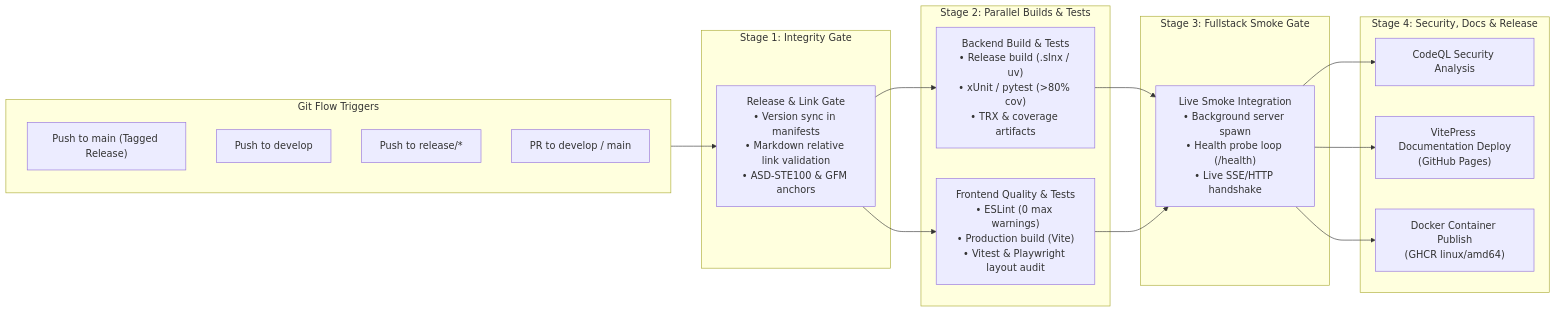
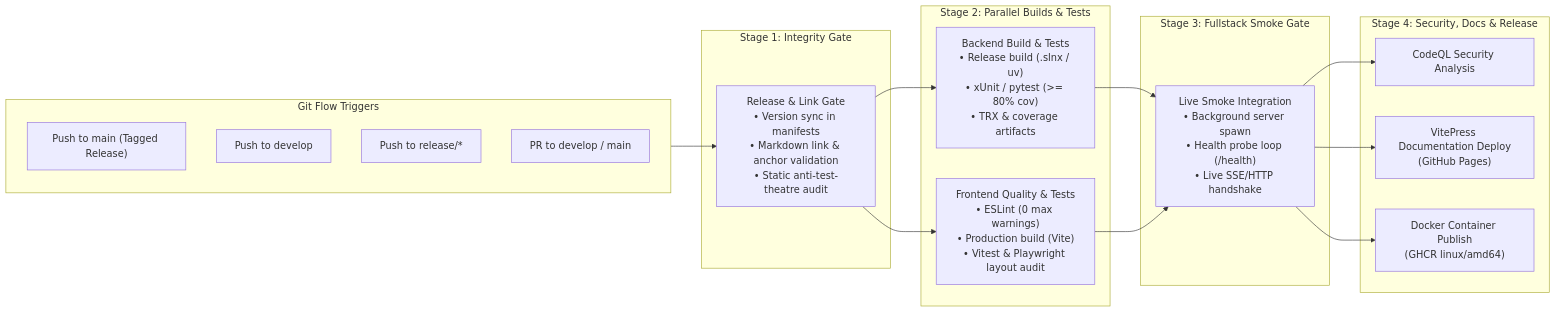
One commit to spelech/AgenticEngineeringToolbelt changed the diagram in docs/standards/ci-cd-pipelines.md. Above: the diagram before and after it, drawn with Mermaid. The commit also changed other lines of this file and 42 other files, not shown here.

````diff
--- a/docs/standards/ci-cd-pipelines.md
+++ b/docs/standards/ci-cd-pipelines.md
@@ -14,33 +14,33 @@
 ```mermaid
 flowchart LR
     subgraph Triggers["Git Flow Triggers"]
         T1["Push to main (Tagged Release)"]
         T2["Push to develop"]
         T3["Push to release/*"]
         T4["PR to develop / main"]
     end
 
     subgraph S1["Stage 1: Integrity Gate"]
-        G1["Release & Link Gate<br>• Version sync in manifests<br>• Markdown relative link validation<br>• ASD-STE100 & GFM anchors"]
+        G1["Release & Link Gate<br>• Version sync in manifests<br>• Markdown link & anchor validation<br>• Static anti-test-theatre audit"]
     end
 
     subgraph S2["Stage 2: Parallel Builds & Tests"]
-        G2A["Backend Build & Tests<br>• Release build (.slnx / uv)<br>• xUnit / pytest (>80% cov)<br>• TRX & coverage artifacts"]
+        G2A["Backend Build & Tests<br>• Release build (.slnx / uv)<br>• xUnit / pytest (>= 80% cov)<br>• TRX & coverage artifacts"]
         G2B["Frontend Quality & Tests<br>• ESLint (0 max warnings)<br>• Production build (Vite)<br>• Vitest & Playwright layout audit"]
     end
 
     subgraph S3["Stage 3: Fullstack Smoke Gate"]
         G3["Live Smoke Integration<br>• Background server spawn<br>• Health probe loop (/health)<br>• Live SSE/HTTP handshake"]
     end
 
     subgraph S4["Stage 4: Security, Docs & Release"]
         G4A["CodeQL Security Analysis"]
         G4B["VitePress Documentation Deploy<br>(GitHub Pages)"]
         G4C["Docker Container Publish<br>(GHCR linux/amd64)"]
     end
 
     Triggers --> G1
     G1 --> G2A & G2B
     G2A & G2B --> G3
     G3 --> G4A & G4B & G4C
 ```
````
